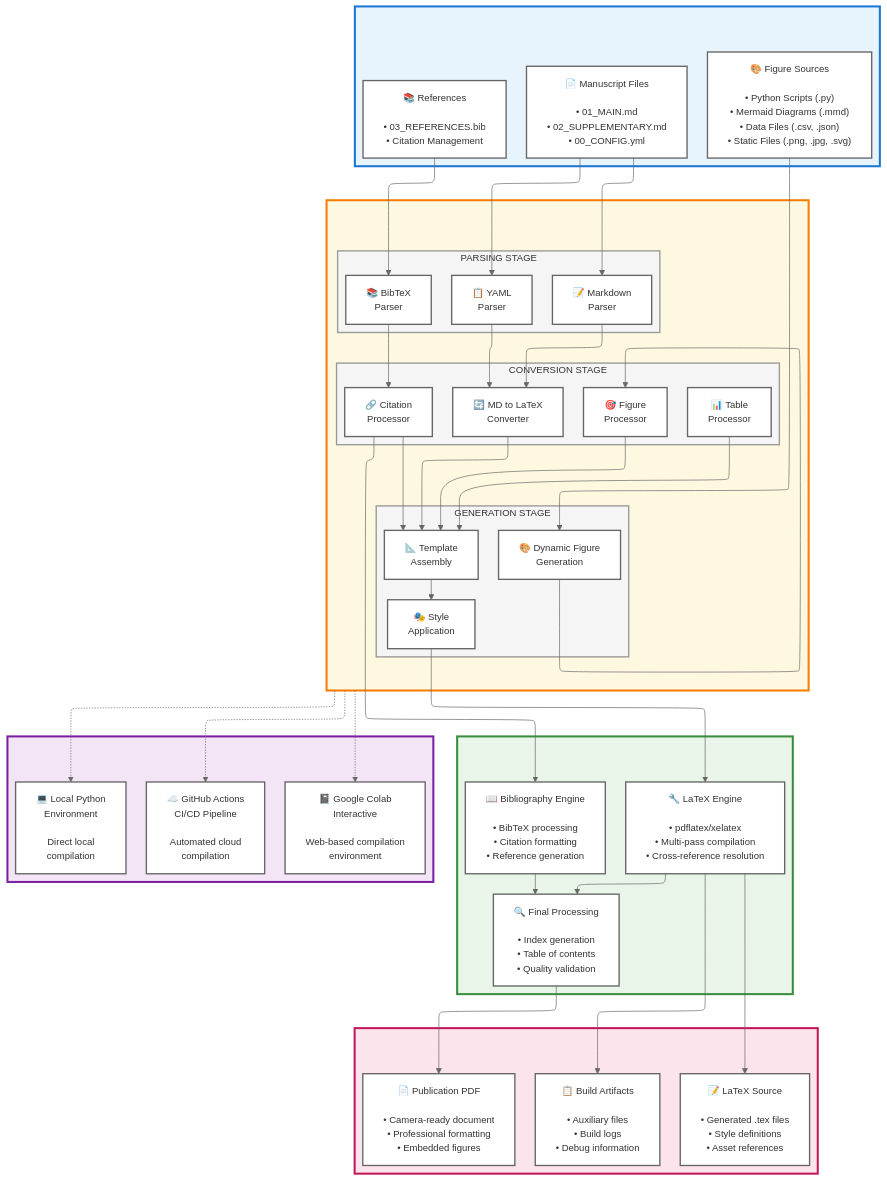
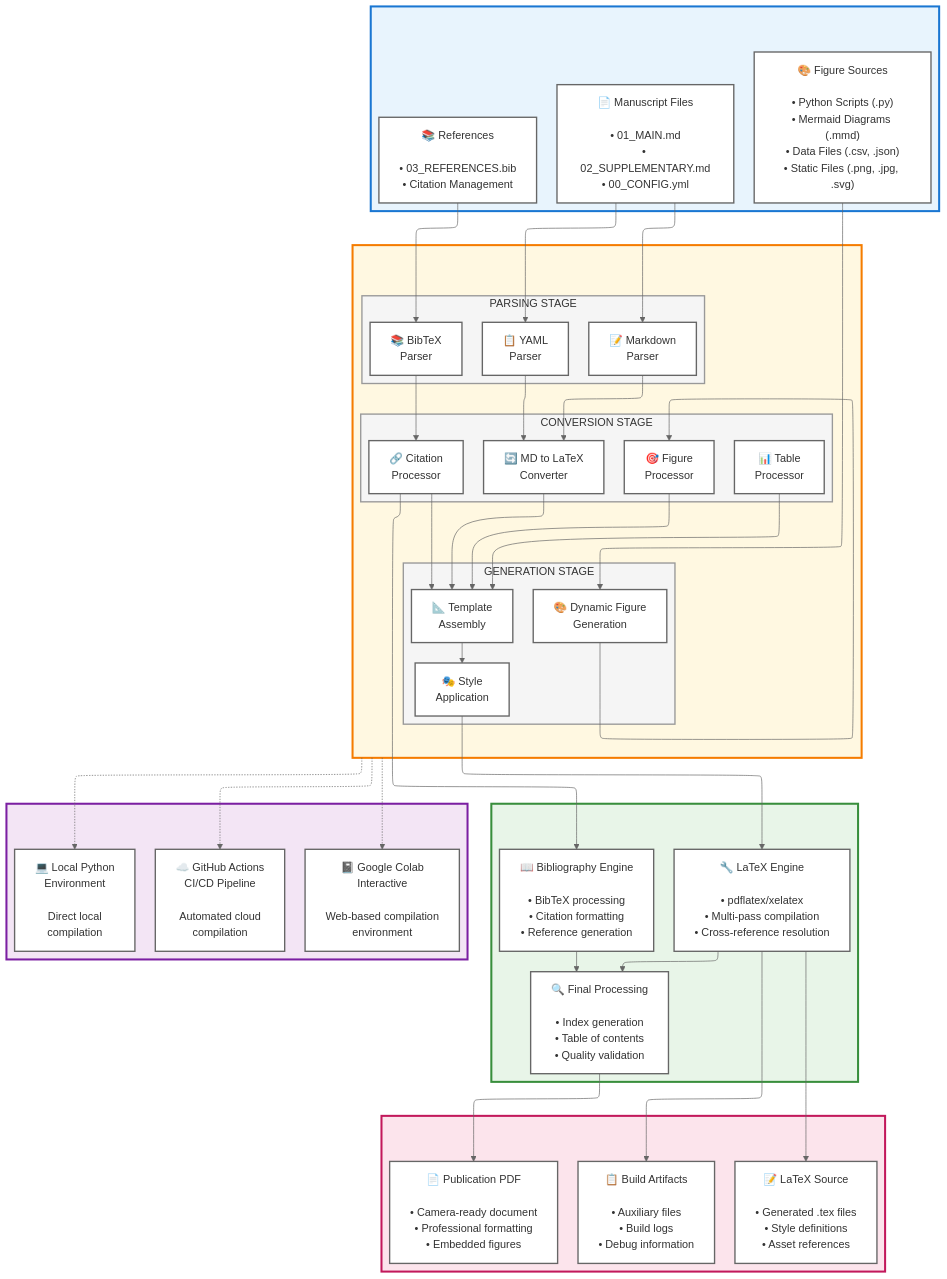
One commit to paxcalpt/rxiv-maker changed the diagram in EXAMPLE_MANUSCRIPT/FIGURES/SFigure_1.mmd. Above: the diagram before and after it, drawn with Mermaid. The commit also changed 5 other files, not shown here.

First line of the commit message:
Resolve merge conflicts: integrate upstream figure generation fix

```diff
--- a/EXAMPLE_MANUSCRIPT/FIGURES/SFigure_1.mmd
+++ b/EXAMPLE_MANUSCRIPT/FIGURES/SFigure_1.mmd
@@ -1,119 +1,119 @@
 ---
 config:
   theme: base
   themeVariables:
     fontFamily: 'Arial, Helvetica, sans-serif'
-    fontSize: 14px
+    fontSize: 16px
     primaryColor: '#ffffff'
     primaryTextColor: '#333333'
     primaryBorderColor: '#cccccc'
     lineColor: '#666666'
     background: '#ffffff'
   layout: elk
 ---
 flowchart TD
  subgraph A[" "]
     direction TB
       A1["📄 Manuscript Files<br><br>• 01_MAIN.md<br>• 02_SUPPLEMENTARY.md<br>• 00_CONFIG.yml"]
       A2["📚 References<br><br>• 03_REFERENCES.bib<br>• Citation Management"]
       A3["🎨 Figure Sources<br><br>• Python Scripts (.py)<br>• Mermaid Diagrams (.mmd)<br>• Data Files (.csv, .json)<br>• Static Files (.png, .jpg, .svg)"]
   end
  subgraph B1[PARSING STAGE]
     direction LR
         B1A["📝 Markdown<br>Parser"]
         B1B["📋 YAML<br>Parser"]
         B1C["📚 BibTeX<br>Parser"]
   end
  subgraph B2[CONVERSION STAGE]
     direction LR
         B2A["🔄 MD to LaTeX<br>Converter"]
         B2B["🎯 Figure<br>Processor"]
         B2C["📊 Table<br>Processor"]
         B2D["🔗 Citation<br>Processor"]
   end
  subgraph B3[GENERATION STAGE]
     direction LR
         B3A["🎨 Dynamic Figure<br>Generation"]
         B3B["📐 Template<br>Assembly"]
         B3C["🎭 Style<br>Application"]
   end
  subgraph B[" "]
     direction TB
         B1
         B2
         B3
   end
  subgraph C[" "]
     direction TB
         C1["🔧 LaTeX Engine<br><br>• pdflatex/xelatex<br>• Multi-pass compilation<br>• Cross-reference resolution"]
         C2["📖 Bibliography Engine<br><br>• BibTeX processing<br>• Citation formatting<br>• Reference generation"]
         C3["🔍 Final Processing<br><br>• Index generation<br>• Table of contents<br>• Quality validation"]
   end
  subgraph D[" "]
     direction TB
         D1["📄 Publication PDF<br><br>• Camera-ready document<br>• Professional formatting<br>• Embedded figures"]
         D2["📝 LaTeX Source<br><br>• Generated .tex files<br>• Style definitions<br>• Asset references"]
         D3["📋 Build Artifacts<br><br>• Auxiliary files<br>• Build logs<br>• Debug information"]
   end
  subgraph E[" "]
     direction LR
         E1["☁️ GitHub Actions<br>CI/CD Pipeline<br><br>Automated cloud<br>compilation"]
         E2["📓 Google Colab<br>Interactive<br><br>Web-based compilation<br>environment"]
         E3["💻 Local Python<br>Environment<br><br>Direct local<br>compilation"]
   end
     A1 --> B1A & B1B
     A2 --> B1C
     A3 --> B3A
     B1A --> B2A
     B1B --> B2A
     B1C --> B2D
     B2A --> B3B
     B2B --> B3B
     B2C --> B3B
     B2D --> B3B & C2
     B3A --> B2B
     B3B --> B3C
     B3C --> C1
     C1 --> C3 & D2 & D3
     C2 --> C3
     C3 --> D1
     B -.-> E1 & E2 & E3
 
     A1:::componentBox
     A2:::componentBox
     A3:::componentBox
     B1A:::componentBox
     B1B:::componentBox
     B1C:::componentBox
     B2A:::componentBox
     B2B:::componentBox
     B2C:::componentBox
     B2D:::componentBox
     B3A:::componentBox
     B3B:::componentBox
     B3C:::componentBox
     C1:::componentBox
     C2:::componentBox
     C3:::componentBox
     D1:::componentBox
     D2:::componentBox
     D3:::componentBox
     E1:::componentBox
     E2:::componentBox
     E3:::componentBox
     A:::inputBox
     B:::processBox
     C:::compileBox
     D:::outputBox
     E:::deployBox
     B1:::stageBox
     B2:::stageBox
     B3:::stageBox
 
     classDef inputBox fill:#e8f4fd,stroke:#1976d2,stroke-width:3px,color:#333
     classDef processBox fill:#fff8e1,stroke:#f57c00,stroke-width:3px,color:#333
     classDef compileBox fill:#e8f5e8,stroke:#388e3c,stroke-width:3px,color:#333
     classDef outputBox fill:#fce4ec,stroke:#c2185b,stroke-width:3px,color:#333
     classDef deployBox fill:#f3e5f5,stroke:#7b1fa2,stroke-width:3px,color:#333
     classDef stageBox fill:#f5f5f5,stroke:#999999,stroke-width:2px,color:#333
     classDef componentBox fill:#ffffff,stroke:#666666,stroke-width:2px,color:#333
```
